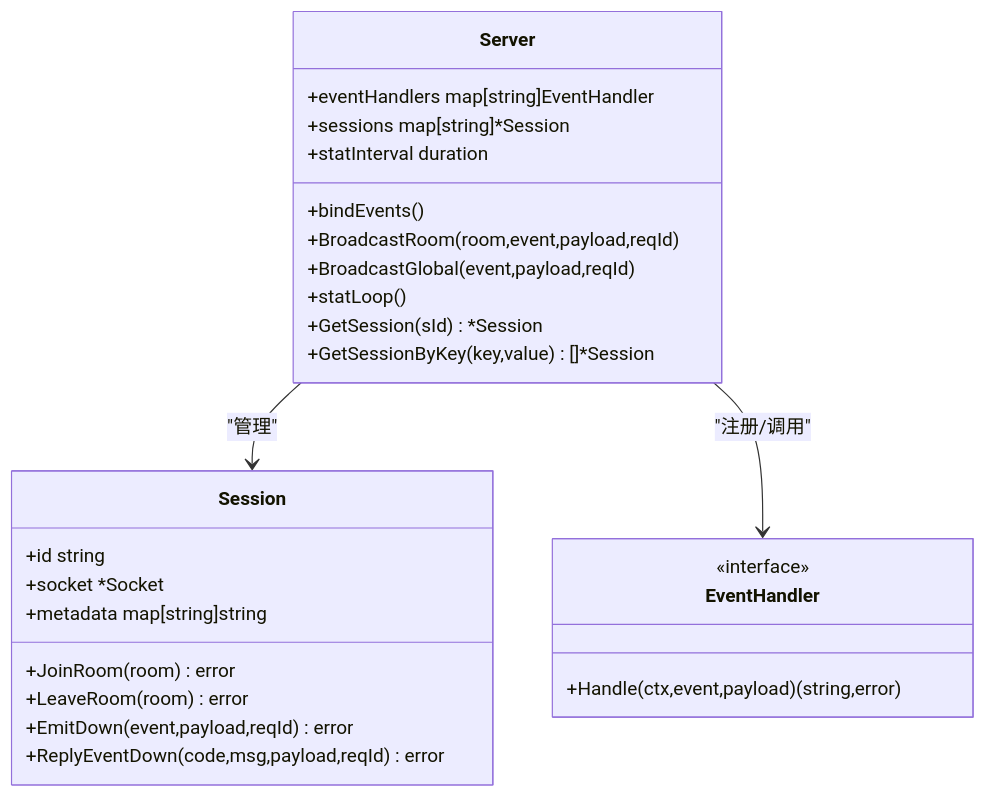
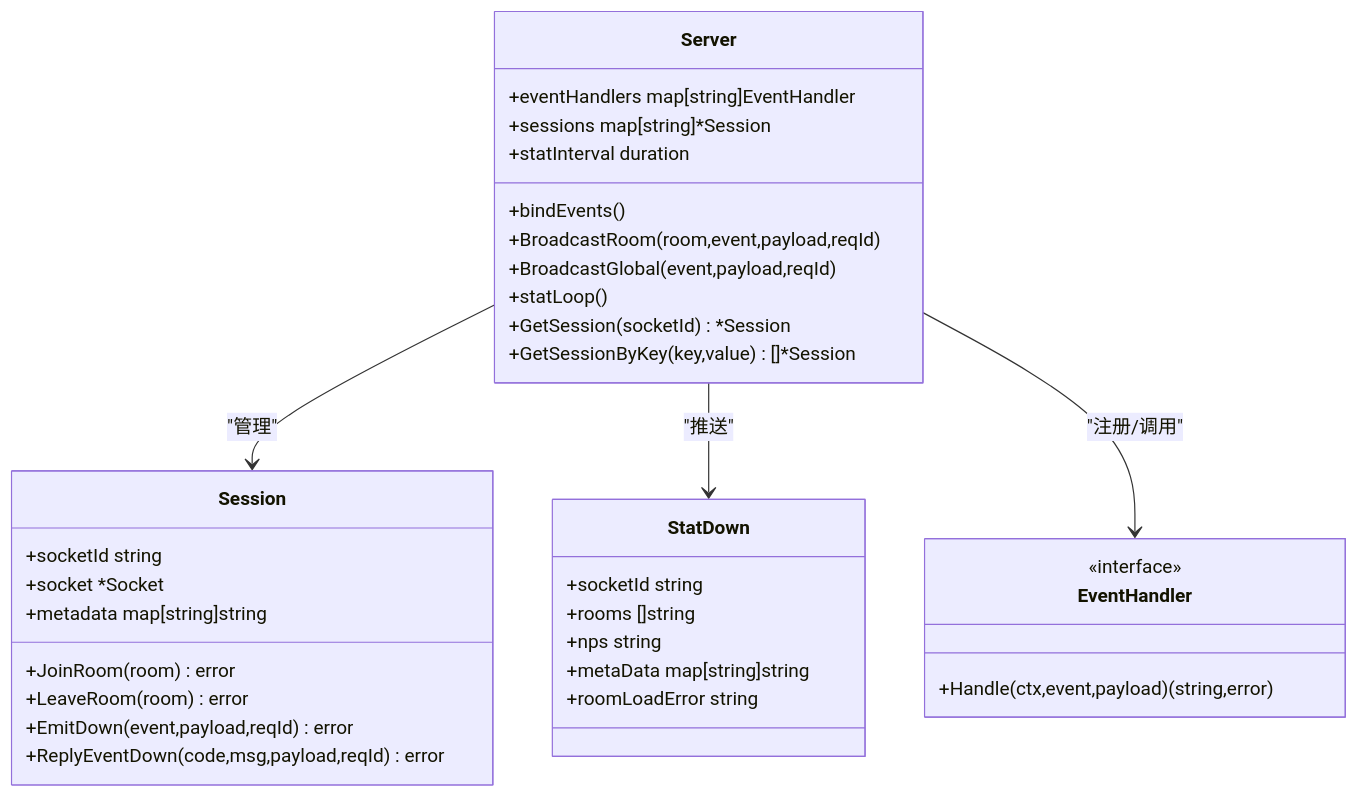
Before and after one commit to maomao94/zero-service: the third of 10 diagrams in .qoder/repowiki/zh/content/实时通信模块/SocketIO网关服务/SocketIO网关服务.md, drawn with Mermaid. The commit also changed other lines of this file and 15 other files, not shown here.

````diff
--- a/.qoder/repowiki/zh/content/实时通信模块/SocketIO网关服务/SocketIO网关服务.md
+++ b/.qoder/repowiki/zh/content/实时通信模块/SocketIO网关服务/SocketIO网关服务.md
@@ -138,29 +156,37 @@
 ```mermaid
 classDiagram
 class Server {
 +eventHandlers map[string]EventHandler
 +sessions map[string]*Session
 +statInterval duration
 +bindEvents()
 +BroadcastRoom(room,event,payload,reqId)
 +BroadcastGlobal(event,payload,reqId)
 +statLoop()
-+GetSession(sId) *Session
++GetSession(socketId) *Session
 +GetSessionByKey(key,value) []*Session
 }
 class Session {
-+id string
++socketId string
 +socket *Socket
 +metadata map[string]string
 +JoinRoom(room) error
 +LeaveRoom(room) error
 +EmitDown(event,payload,reqId) error
 +ReplyEventDown(code,msg,payload,reqId) error
 }
+class StatDown {
++socketId string
++rooms []string
++nps string
++metaData map[string]string
++roomLoadError string
+}
 class EventHandler {
 <<interface>>
 +Handle(ctx,event,payload) (string,error)
 }
 Server --> Session : "管理"
+Server --> StatDown : "推送"
 Server --> EventHandler : "注册/调用"
 ```
````
